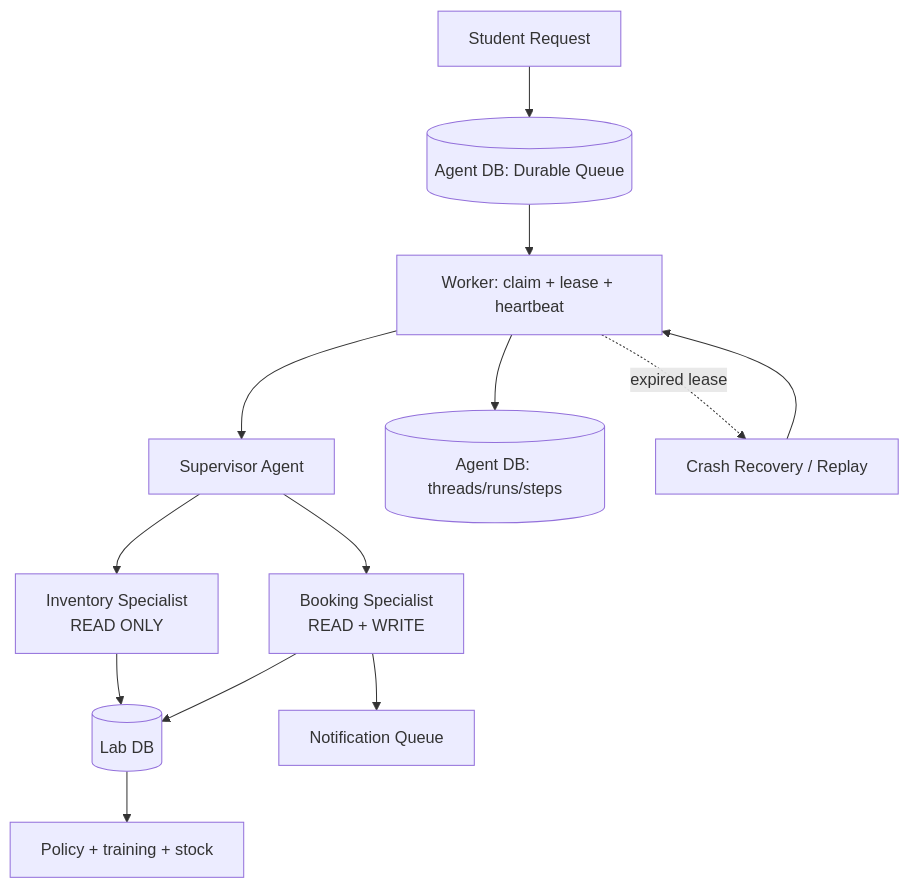
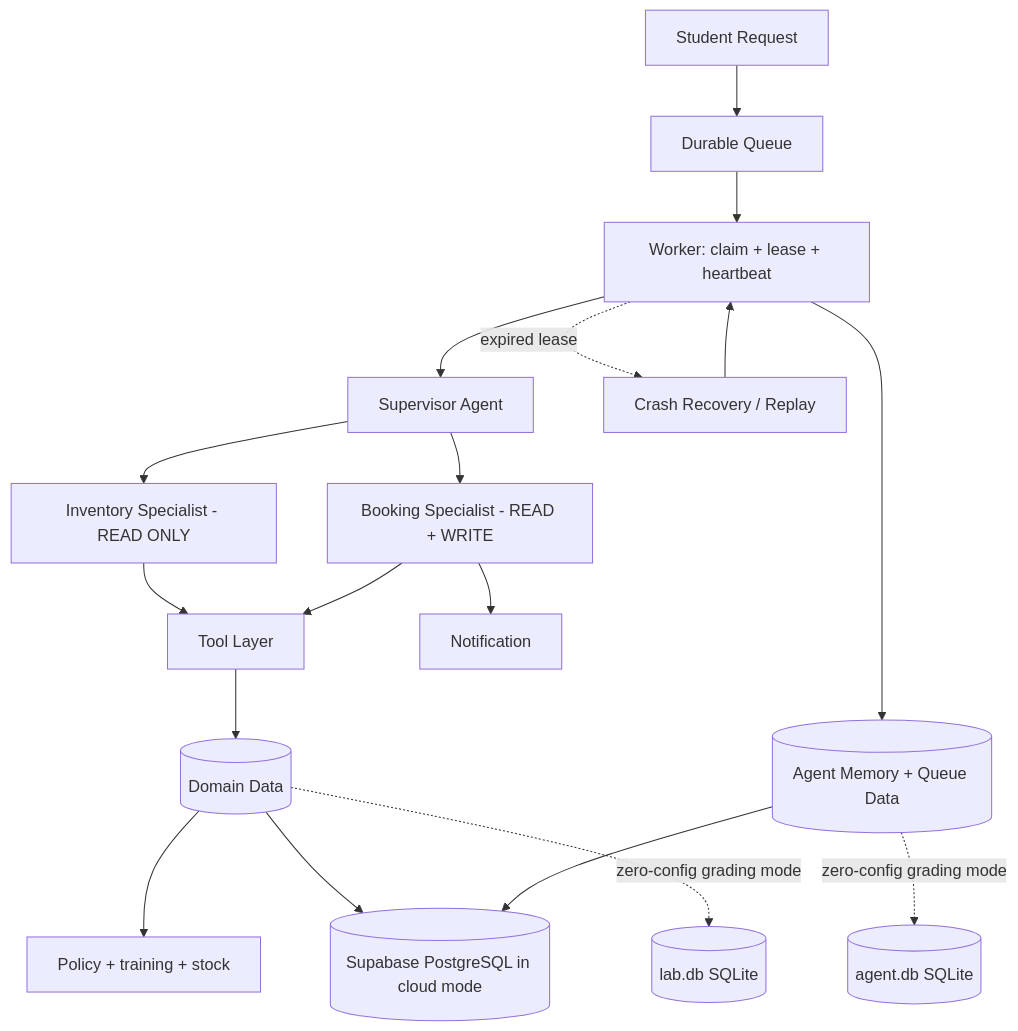
The diagram in SYSTEM_ARCHITECTURE.md (Rakshan-32/Agentic-AI-Weekend-Assignment), drawn with Mermaid before and after one commit. The commit also changed other lines of this file and 8 other files, not shown here.

Commit message:
Add Supabase cloud database integration

````diff
--- a/SYSTEM_ARCHITECTURE.md
+++ b/SYSTEM_ARCHITECTURE.md
@@ -3,15 +3,20 @@
 ```mermaid
 flowchart TD
-    U[Student Request] --> Q[(Agent DB: Durable Queue)]
+    U[Student Request] --> Q[Durable Queue]
     Q --> W[Worker: claim + lease + heartbeat]
     W --> S[Supervisor Agent]
-    S --> I[Inventory Specialist\nREAD ONLY]
-    S --> B[Booking Specialist\nREAD + WRITE]
-    I --> L[(Lab DB)]
-    B --> L
-    B --> N[Notification Queue]
-    W --> M[(Agent DB: threads/runs/steps)]
-    L --> P[Policy + training + stock]
+    S --> I[Inventory Specialist - READ ONLY]
+    S --> B[Booking Specialist - READ + WRITE]
+    I --> T[Tool Layer]
+    B --> T
+    T --> D[(Domain Data)]
+    W --> A[(Agent Memory + Queue Data)]
+    D --> P[Policy + training + stock]
+    B --> N[Notification]
     W -. expired lease .-> R[Crash Recovery / Replay]
     R --> W
+    D --> C[(Supabase PostgreSQL in cloud mode)]
+    A --> C
+    D -. zero-config grading mode .-> L1[(lab.db SQLite)]
+    A -. zero-config grading mode .-> L2[(agent.db SQLite)]
 ```
````
